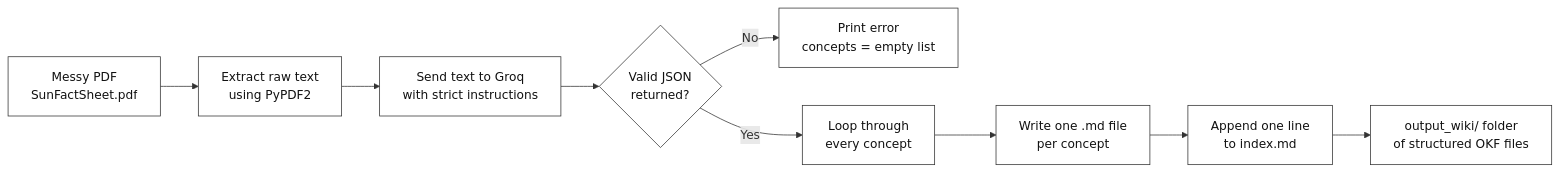
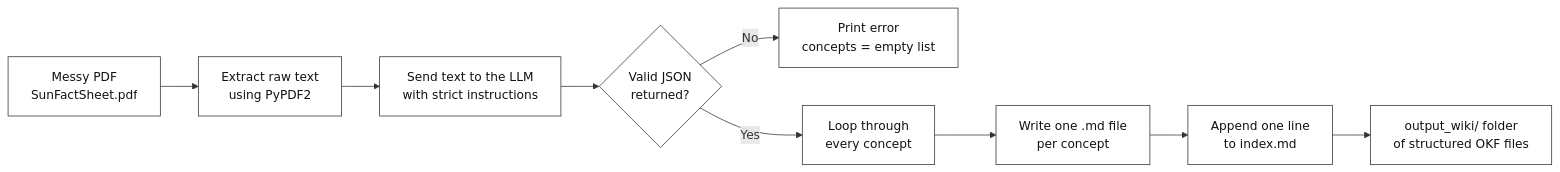
Before and after one commit to CogKnowEdge-Solutions/Context-Memory-Layer: the third of 4 diagrams in Lab 1/lab1.md, drawn with Mermaid. The commit also changed other lines of this file, not shown here.

````diff
--- a/Lab 1/lab1.md
+++ b/Lab 1/lab1.md
@@ -88,14 +88,14 @@
 ```mermaid
 flowchart LR
     A["Messy PDF<br/>SunFactSheet.pdf"] --> B["Extract raw text<br/>using PyPDF2"]
-    B --> C["Send text to Groq<br/>with strict instructions"]
+    B --> C["Send text to the LLM<br/>with strict instructions"]
     C --> D{"Valid JSON<br/>returned?"}
     D -- No --> E["Print error<br/>concepts = empty list"]
     D -- Yes --> F["Loop through<br/>every concept"]
     F --> G["Write one .md file<br/>per concept"]
     G --> H["Append one line<br/>to index.md"]
     H --> I["output_wiki/ folder<br/>of structured OKF files"]
 
     classDef defaultStyle fill:#ffffff,stroke:#333333,stroke-width:1px,color:#111111
     class A,B,C,D,E,F,G,H,I defaultStyle
 ```
````
